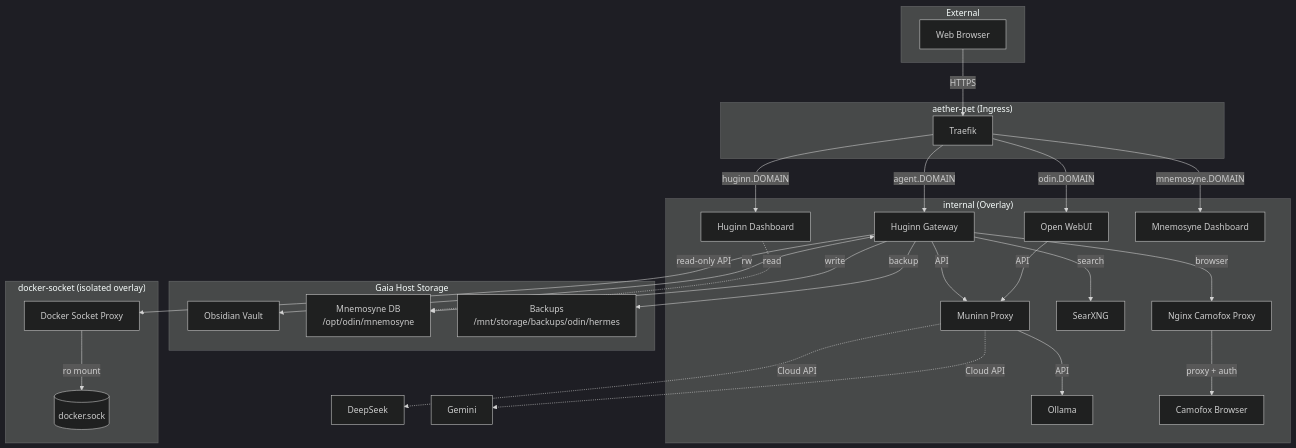
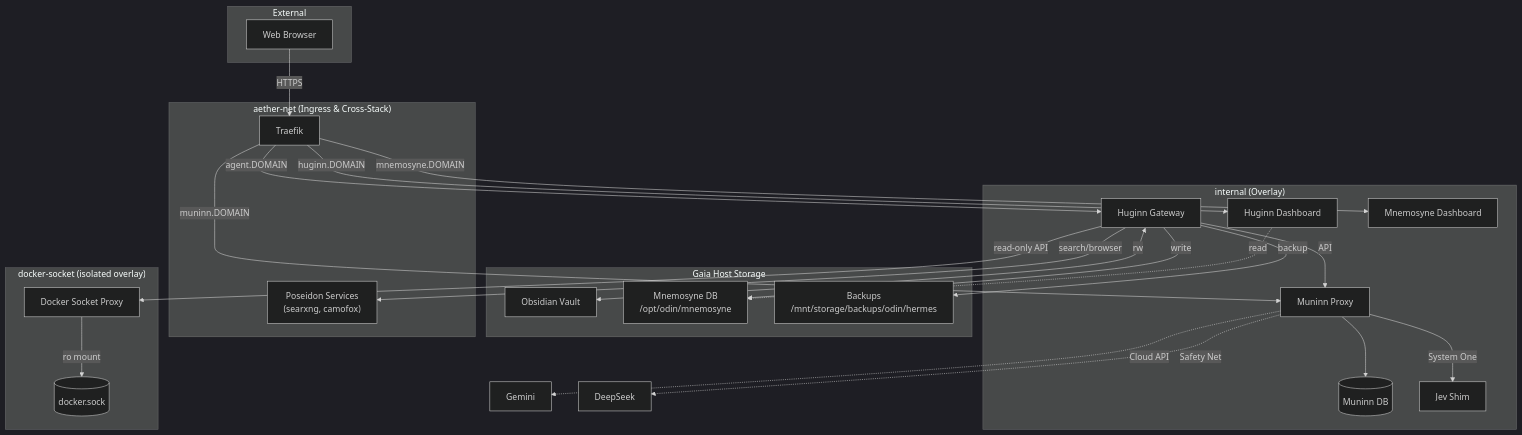
The diagram in README.md (yggdrasil-lab/odin), drawn with Mermaid (dark theme) before and after one commit. The commit also changed other lines of this file and 36 other files, not shown here.

Commit message:
refactor(odin): extract odin_runtime, declarative patch_runner, and retire Candidate 6 services

````diff
--- a/README.md
+++ b/README.md
@@ -25,55 +23,51 @@
 ```mermaid
 graph TD
     subgraph External ["External"]
         Browser[Web Browser]
     end
 
     subgraph Host ["Gaia Host Storage"]
         Obsidian["Obsidian Vault"]
         MnemosyneDB["Mnemosyne DB<br>/opt/odin/mnemosyne"]
         Backup["Backups<br>/mnt/storage/backups/odin/hermes"]
     end
 
-    subgraph Aether ["aether-net (Ingress)"]
+    subgraph Aether ["aether-net (Ingress & Cross-Stack)"]
         Traefik[Traefik]
+        Poseidon["Poseidon Services<br>(searxng, camofox)"]
     end
 
     subgraph Internal ["internal (Overlay)"]
-        OpenWebUI[Open WebUI]
-        Ollama[Ollama]
         Gateway[Huginn Gateway]
         Dashboard[Huginn Dashboard]
         MnemosyneVis[Mnemosyne Dashboard]
         Muninn[Muninn Proxy]
-        SearXNG[SearXNG]
-        Camofox[Camofox Browser]
-        NginxCamofox[Nginx Camofox Proxy]
+        MuninnDB[(Muninn DB)]
+        JevShim[Jev Shim]
     end
 
     subgraph SocketNet ["docker-socket (isolated overlay)"]
         DockerProxy[Docker Socket Proxy]
         DockerSock[("docker.sock")]
     end
 
     Browser -->|HTTPS| Traefik
-    Traefik -->|odin.DOMAIN| OpenWebUI
     Traefik -->|agent.DOMAIN| Gateway
     Traefik -->|huginn.DOMAIN| Dashboard
     Traefik -->|mnemosyne.DOMAIN| MnemosyneVis
+    Traefik -->|muninn.DOMAIN| Muninn
 
-    OpenWebUI -->|API| Muninn
     Gateway -->|API| Muninn
-    Muninn -->|API| Ollama
-    Muninn -.->|Cloud API| DeepSeek
+    Muninn --> MuninnDB
+    Muninn -->|System One| JevShim
     Muninn -.->|Cloud API| Gemini
+    Muninn -.->|Safety Net| DeepSeek
 
     Gateway <-->|rw| Obsidian
-    Gateway -->|search| SearXNG
-    Gateway -->|browser| NginxCamofox
-    NginxCamofox -->|proxy + auth| Camofox
+    Gateway -->|search/browser| Poseidon
     Gateway -->|write| MnemosyneDB
     Dashboard -.->|read| MnemosyneDB
     Gateway -->|backup| Backup
     Gateway -->|read-only API| DockerProxy
     DockerProxy -->|ro mount| DockerSock
 ```
````
